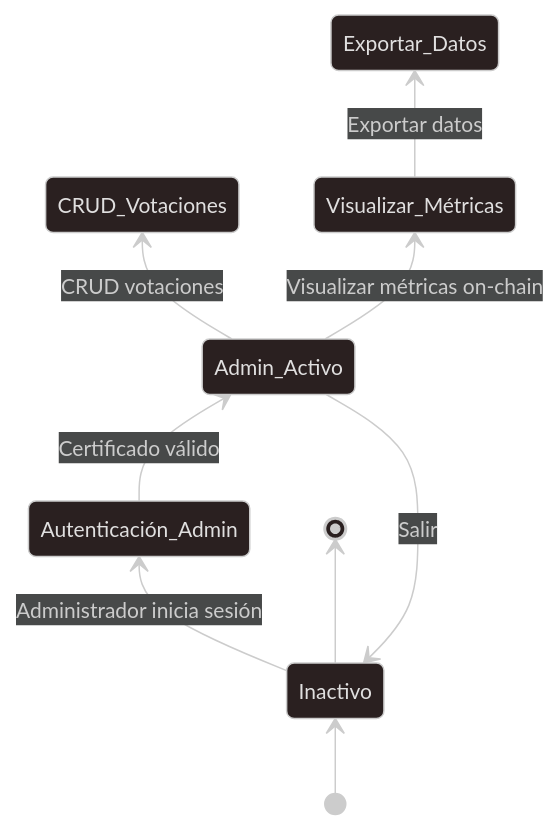
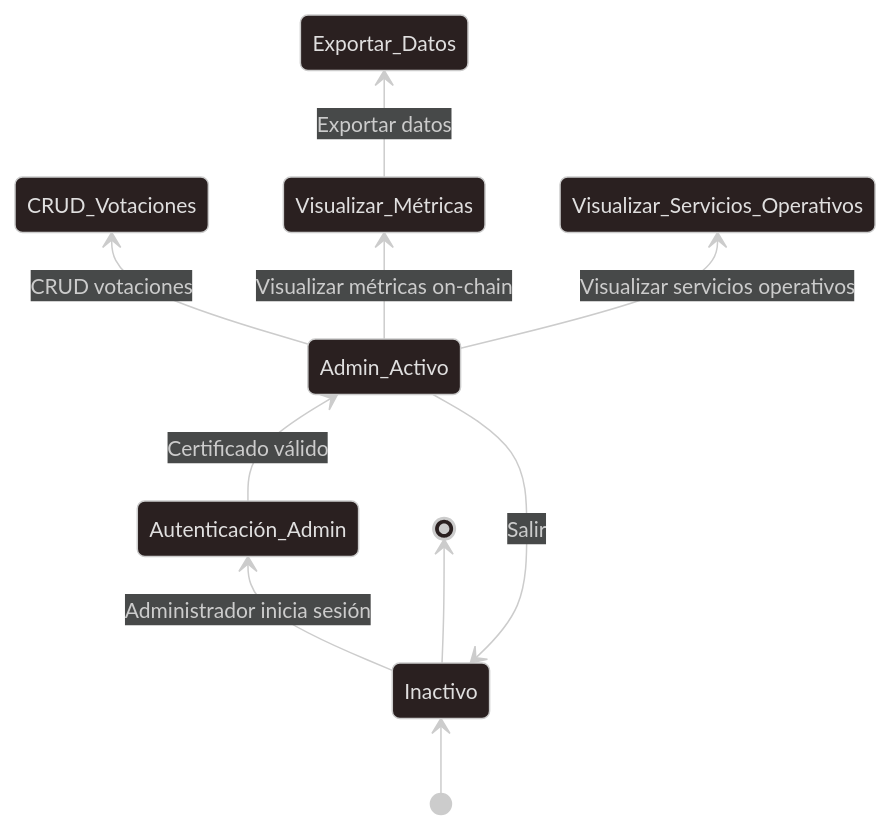
One commit to OnyxVariables/AGORA changed the third of 3 diagrams in docs/Diagrama_Estado.md. Above: the diagram before and after it, drawn with Mermaid. The commit also changed other lines of this file and 5 other files, not shown here.

````diff
--- a/docs/Diagrama_Estado.md
+++ b/docs/Diagrama_Estado.md
@@ -110,16 +114,17 @@
 ```mermaid
 ---
 config:
   theme: neo-dark
 ---
 stateDiagram
   direction BT
   [*] --> Inactivo
   Inactivo --> Autenticación_Admin:Administrador inicia sesión
   Autenticación_Admin --> Admin_Activo:Certificado válido
   Admin_Activo --> CRUD_Votaciones:CRUD votaciones
   Admin_Activo --> Visualizar_Métricas:Visualizar métricas on-chain
+  Admin_Activo --> Visualizar_Servicios_Operativos:Visualizar servicios operativos
   Visualizar_Métricas --> Exportar_Datos:Exportar datos
   Admin_Activo --> Inactivo:Salir
   Inactivo --> [*]
 ```
````
